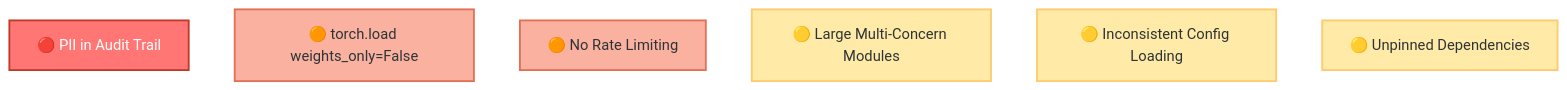
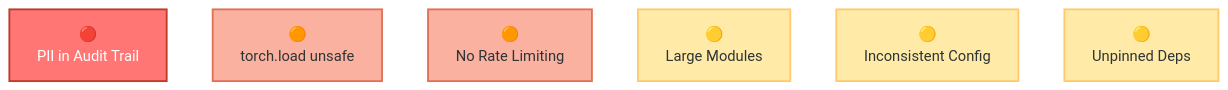
Before and after one commit to couder-04/NeuralAuth: diagram 15 of 15 in README.md, drawn with Mermaid. The commit also changed other lines of this file, not shown here.

````diff
--- a/README.md
+++ b/README.md
@@ -754,14 +754,14 @@
 ```mermaid
 %%{init: {'theme':'base', 'themeVariables': {'primaryColor':'#ff7675','primaryTextColor':'#fff','primaryBorderColor':'#c0392b','lineColor':'#636e72'}}}%%
 flowchart TD
-    A["🔴 PII in Audit Trail"]:::high
-    B["🟠 torch.load weights_only=False"]:::med
-    C["🟠 No Rate Limiting"]:::med
-    D["🟡 Large Multi-Concern Modules"]:::low
-    E["🟡 Inconsistent Config Loading"]:::low
-    F["🟡 Unpinned Dependencies"]:::low
+    A["🔴<br/>PII in Audit Trail"]:::high
+    B["🟠<br/>torch.load unsafe"]:::med
+    C["🟠<br/>No Rate Limiting"]:::med
+    D["🟡<br/>Large Modules"]:::low
+    E["🟡<br/>Inconsistent Config"]:::low
+    F["🟡<br/>Unpinned Deps"]:::low
 
     classDef high fill:#ff7675,stroke:#c0392b,color:#fff,stroke-width:2px
     classDef med fill:#fab1a0,stroke:#e17055,color:#2d3436,stroke-width:2px
     classDef low fill:#ffeaa7,stroke:#fdcb6e,color:#2d3436,stroke-width:2px
 ```
````
